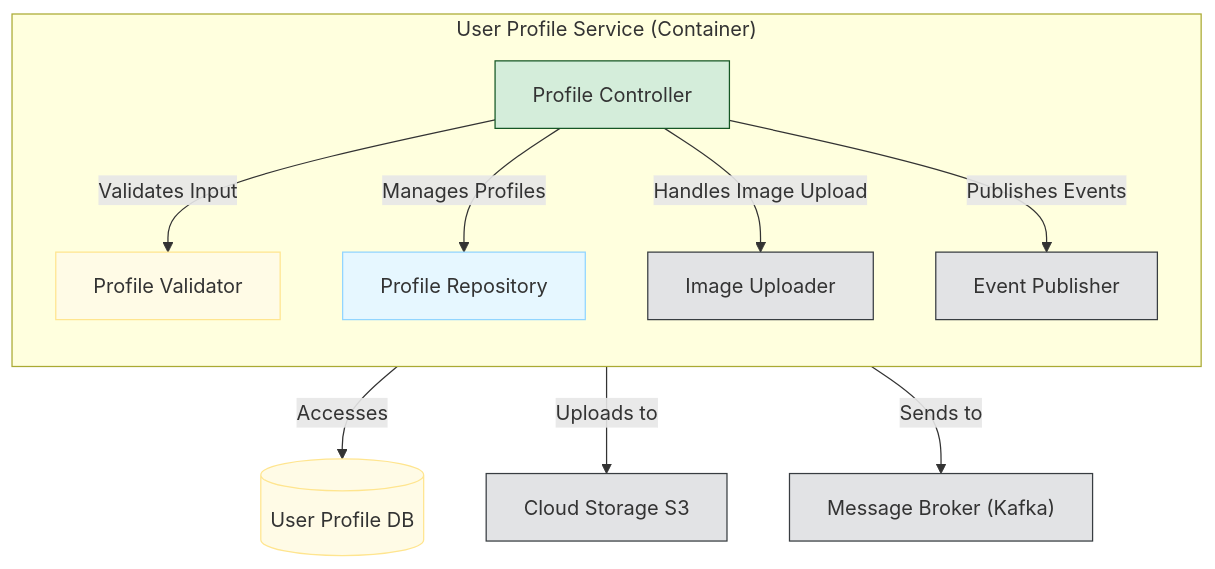
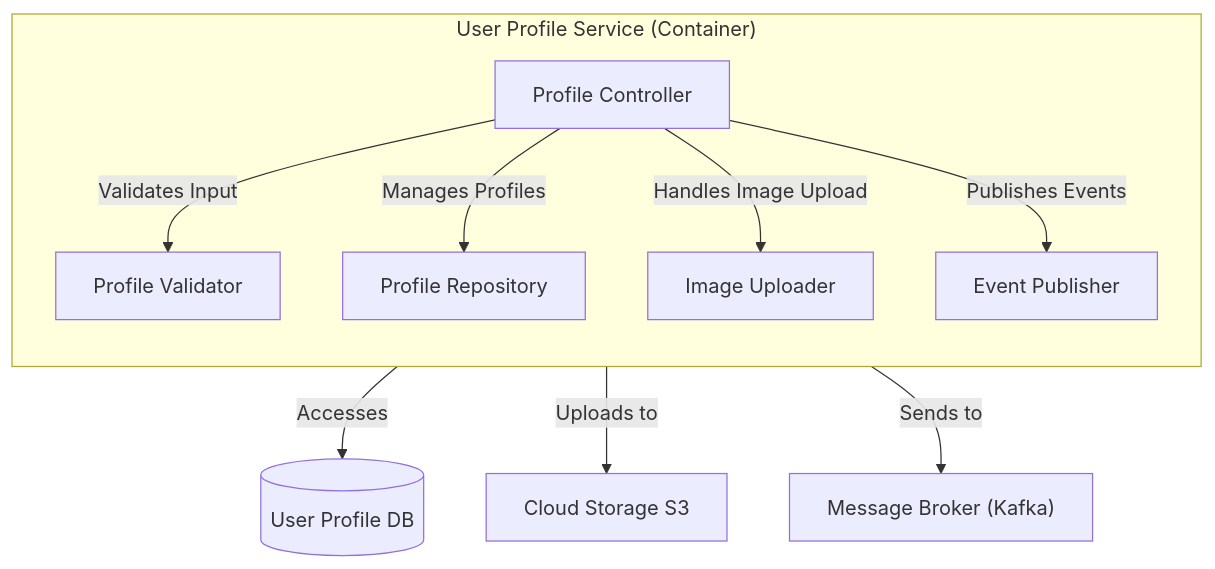
Before and after one commit to sujith-eag/sujith-library: the sixth of 8 diagrams in docs/software-modeling/c4-model.md, drawn with Mermaid. The commit also changed other lines of this file and 41 other files, not shown here.

First line of the commit message:
Refactor diagrams and remove redundant styles in documentation

````diff
--- a/docs/software-modeling/c4-model.md
+++ b/docs/software-modeling/c4-model.md
@@ -204,36 +172,21 @@
 ```mermaid
 graph TD
     subgraph "User Profile Service (Container)"
         direction TB
         
         ProfileController[Profile Controller]
         ProfileRepository[Profile Repository]
         ProfileValidator[Profile Validator]
         ImageUploader[Image Uploader]
         EventPublisher[Event Publisher]
     end
 
     ProfileController -- "Validates Input" --> ProfileValidator
     ProfileController -- "Manages Profiles" --> ProfileRepository
     ProfileController -- "Handles Image Upload" --> ImageUploader
     ProfileController -- "Publishes Events" --> EventPublisher
     
     ProfileRepository -- "Accesses" --> Database[(User Profile DB)]
     ImageUploader -- "Uploads to" --> CloudStorage[Cloud Storage S3]
     EventPublisher -- "Sends to" --> MessageBroker["Message Broker (Kafka)"]
-
-    
-    classDef success-release fill:#d4edda,stroke:#155724
-    classDef process-activity fill:#e6f7ff,stroke:#91d5ff
-    classDef decision-detail fill:#fffbe6,stroke:#ffe58f
-    classDef nfr-high-level fill:#e2e3e5,stroke:#383d41
-
-    class ProfileController success-release
-    class ProfileRepository process-activity
-    class ProfileValidator decision-detail
-    class ImageUploader nfr-high-level
-    class EventPublisher nfr-high-level
-    class Database decision-detail
-    class CloudStorage nfr-high-level
-    class MessageBroker nfr-high-level
 ```
````
